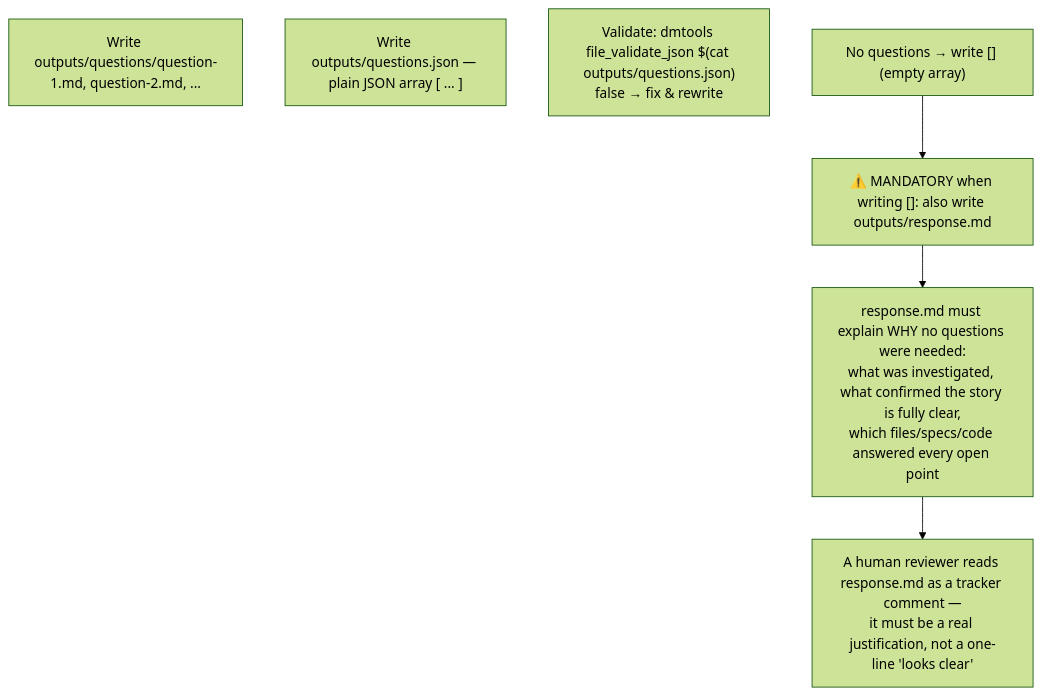
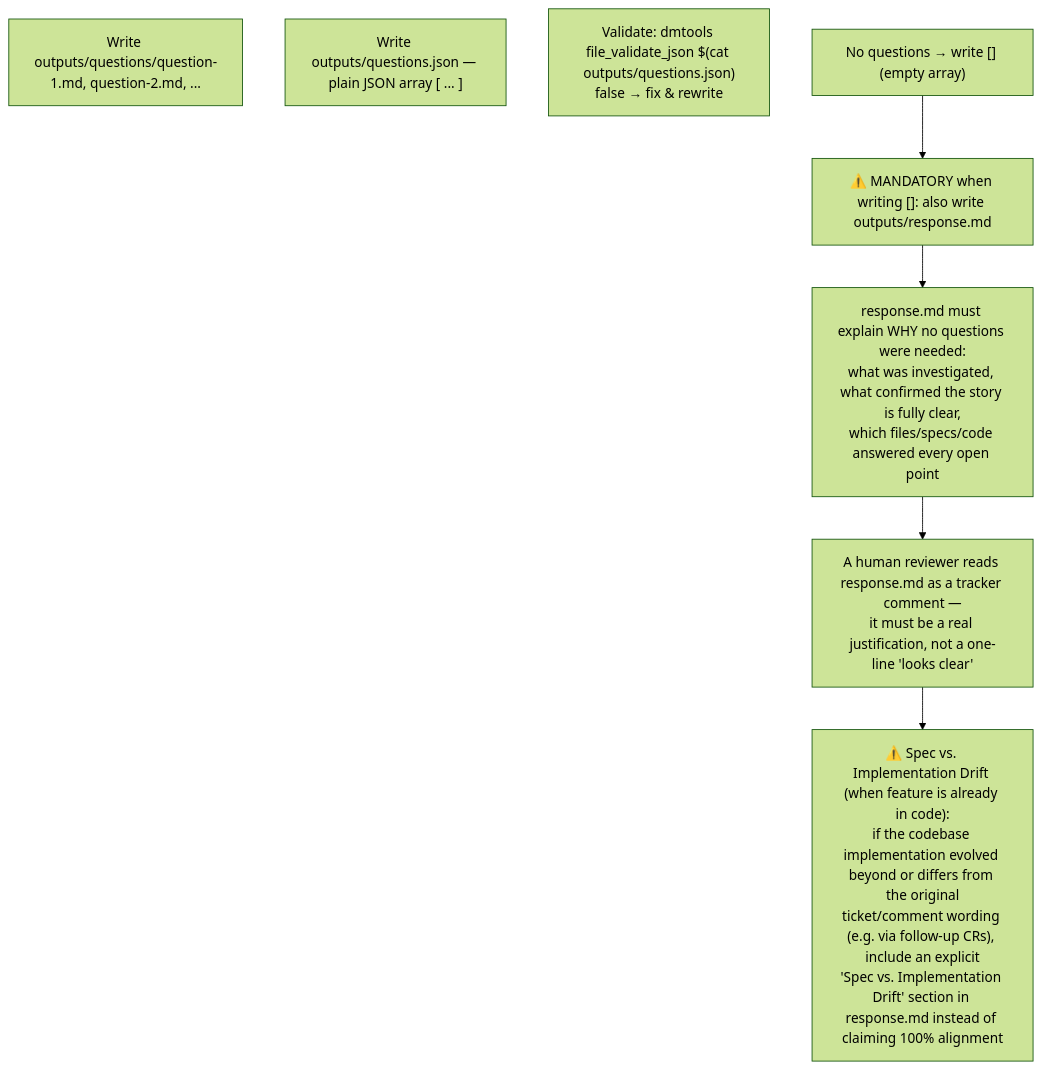
Before and after one commit to IstiN/dmtools-agents: the diagram in instructions/story_questions/output_rules.md, drawn with Mermaid (forest theme). The commit also changed other lines of this file and 5 other files, not shown here.

Commit message:
feat(story_questions): improve readability, citation quotes, option grounding, and spec-drift reporting (#1537) (#1538)

````diff
--- a/instructions/story_questions/output_rules.md
+++ b/instructions/story_questions/output_rules.md
@@ -1,10 +1,11 @@
 ```mermaid
 flowchart TD
     O1["Write outputs/questions/question-1.md, question-2.md, ..."]
     O2["Write outputs/questions.json — plain JSON array [ ... ]"]
     O3["Validate: dmtools file_validate_json $(cat outputs/questions.json)<br/>false → fix & rewrite"]
     O4["No questions → write [] (empty array)"]
     O4 --> O5["⚠️ MANDATORY when writing []: also write outputs/response.md"]
     O5 --> O6["response.md must explain WHY no questions were needed:<br/>what was investigated, what confirmed the story is fully clear,<br/>which files/specs/code answered every open point"]
     O6 --> O7["A human reviewer reads response.md as a tracker comment —<br/>it must be a real justification, not a one-line 'looks clear'"]
+    O7 --> O8["⚠️ Spec vs. Implementation Drift (when feature is already in code):<br/>if the codebase implementation evolved beyond or differs from the original<br/>ticket/comment wording (e.g. via follow-up CRs), include an explicit<br/>'Spec vs. Implementation Drift' section in response.md instead of claiming 100% alignment"]
 ```
````
